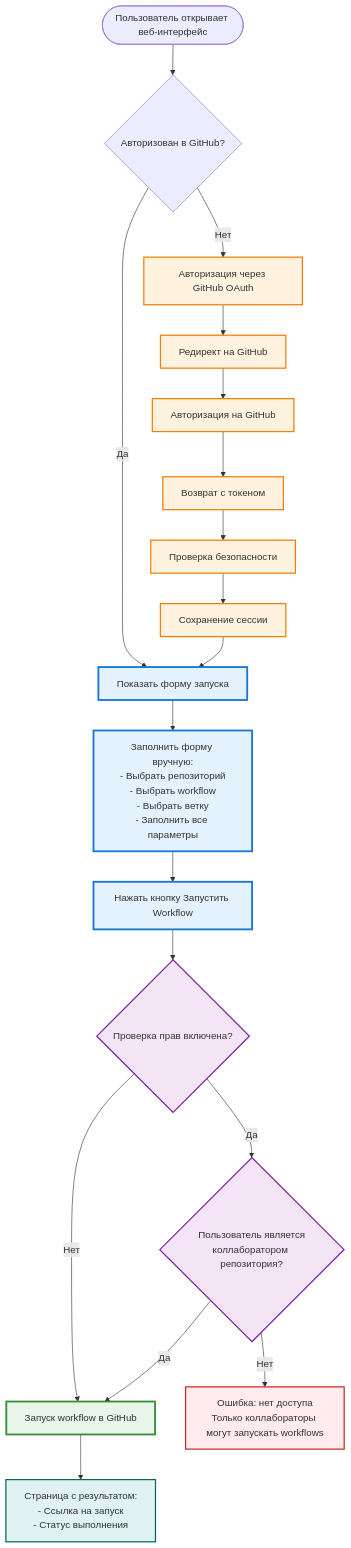
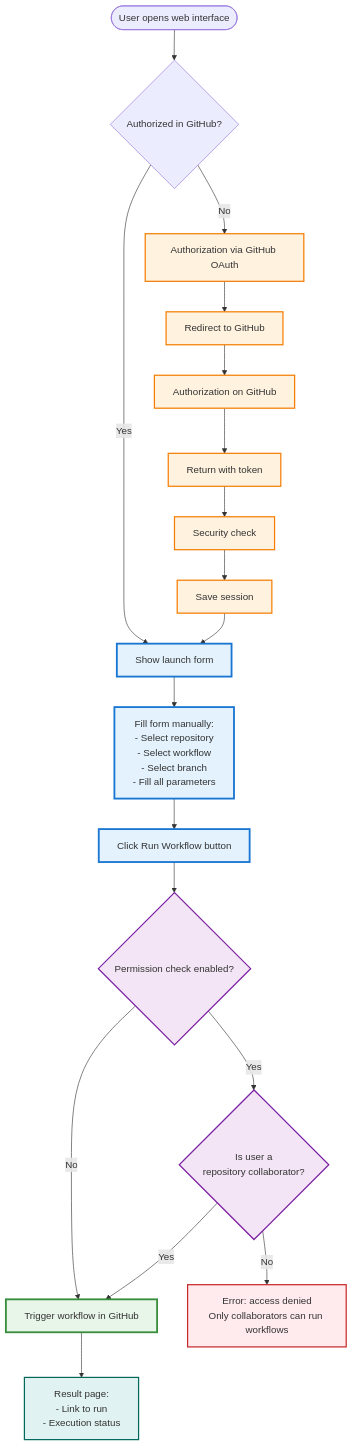
One commit to naspirato/github_action_executor changed the first of 6 diagrams in README-EXTENDED.md. Above: the diagram before and after it, drawn with Mermaid. The commit also changed other lines of this file and 1 other file, not shown here.

First line of the commit message:
Update documentation for Quick Start and README-EXTENDED

````diff
--- a/README-EXTENDED.md
+++ b/README-EXTENDED.md
@@ -93,36 +93,36 @@
 ```mermaid
 flowchart TD
-    Start([Пользователь открывает веб-интерфейс]) --> CheckAuth{Авторизован в GitHub?}
-    CheckAuth -->|Нет| Login[Авторизация через GitHub OAuth]
-    CheckAuth -->|Да| ShowForm[Показать форму запуска]
+    Start([User opens web interface]) --> CheckAuth{Authorized in GitHub?}
+    CheckAuth -->|No| Login[Authorization via GitHub OAuth]
+    CheckAuth -->|Yes| ShowForm[Show launch form]
     
-    Login --> OAuth[Редирект на GitHub]
-    OAuth --> GitHubAuth[Авторизация на GitHub]
-    GitHubAuth --> Callback[Возврат с токеном]
-    Callback --> Verify[Проверка безопасности]
-    Verify --> SaveSession[Сохранение сессии]
+    Login --> OAuth[Redirect to GitHub]
+    OAuth --> GitHubAuth[Authorization on GitHub]
+    GitHubAuth --> Callback[Return with token]
+    Callback --> Verify[Security check]
+    Verify --> SaveSession[Save session]
     SaveSession --> ShowForm
     
-    ShowForm --> FillForm[Заполнить форму вручную:<br/>- Выбрать репозиторий<br/>- Выбрать workflow<br/>- Выбрать ветку<br/>- Заполнить все параметры]
-    FillForm --> SubmitForm["Нажать кнопку Запустить Workflow"]
-    SubmitForm --> CheckPerm{Проверка прав включена?}
-    CheckPerm -->|Нет| TriggerWorkflow
-    CheckPerm -->|Да| CheckCollaborator{Пользователь является<br/>коллаборатором репозитория?}
-    CheckCollaborator -->|Нет| ErrorAccess["Ошибка: нет доступа<br/>Только коллабораторы могут запускать workflows"]
-    CheckCollaborator -->|Да| TriggerWorkflow[Запуск workflow в GitHub]
-    TriggerWorkflow --> SuccessPage["Страница с результатом:<br/>- Ссылка на запуск<br/>- Статус выполнения"]
+    ShowForm --> FillForm[Fill form manually:<br/>- Select repository<br/>- Select workflow<br/>- Select branch<br/>- Fill all parameters]
+    FillForm --> SubmitForm["Click Run Workflow button"]
+    SubmitForm --> CheckPerm{Permission check enabled?}
+    CheckPerm -->|No| TriggerWorkflow
+    CheckPerm -->|Yes| CheckCollaborator{Is user a<br/>repository collaborator?}
+    CheckCollaborator -->|No| ErrorAccess["Error: access denied<br/>Only collaborators can run workflows"]
+    CheckCollaborator -->|Yes| TriggerWorkflow[Trigger workflow in GitHub]
+    TriggerWorkflow --> SuccessPage["Result page:<br/>- Link to run<br/>- Execution status"]
     
     classDef userAction fill:#e3f2fd,stroke:#1976d2,stroke-width:3px
     classDef authClass fill:#fff3e0,stroke:#f57c00,stroke-width:2px
     classDef checkClass fill:#f3e5f5,stroke:#7b1fa2,stroke-width:2px
     classDef triggerClass fill:#e8f5e9,stroke:#388e3c,stroke-width:3px
     classDef errorClass fill:#ffebee,stroke:#c62828,stroke-width:2px
     classDef resultClass fill:#e0f2f1,stroke:#00695c,stroke-width:2px
     
     class FillForm,SubmitForm,ShowForm userAction
     class Login,OAuth,GitHubAuth,Callback,Verify,SaveSession authClass
     class CheckPerm,CheckCollaborator checkClass
     class TriggerWorkflow triggerClass
     class ErrorAccess errorClass
     class SuccessPage resultClass
 ```
````
